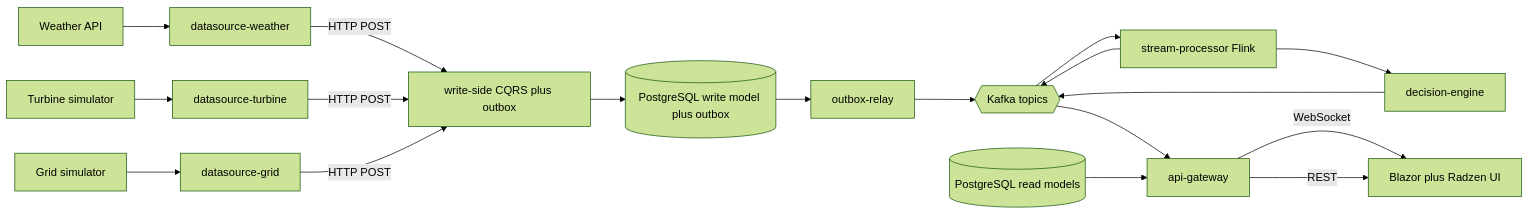
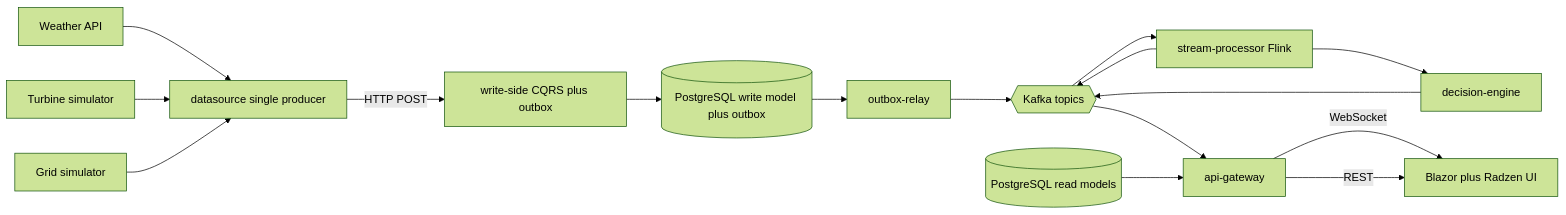
One commit to asaleh-lab/AetherStream changed the first of 2 diagrams in specs/001-aetherstream/architecture.md. Above: the diagram before and after it, drawn with Mermaid (forest theme). The commit also changed other lines of this file and 23 other files, not shown here.

First line of the commit message:
refactor(services): merge datasource feeds into single service with distinct intervals

````diff
--- a/specs/001-aetherstream/architecture.md
+++ b/specs/001-aetherstream/architecture.md
@@ -61,25 +59,23 @@
 ```mermaid
 flowchart LR
-  weatherApi[Weather API] --> dsWeather[datasource-weather]
-  turbineSim[Turbine simulator] --> dsTurbine[datasource-turbine]
-  gridSim[Grid simulator] --> dsGrid[datasource-grid]
+  weatherApi[Weather API] --> datasource[datasource single producer]
+  turbineSim[Turbine simulator] --> datasource
+  gridSim[Grid simulator] --> datasource
 
-  dsWeather -->|HTTP POST| writeSide[write-side CQRS plus outbox]
-  dsTurbine -->|HTTP POST| writeSide
-  dsGrid -->|HTTP POST| writeSide
+  datasource -->|HTTP POST| writeSide[write-side CQRS plus outbox]
 
   writeSide --> db[(PostgreSQL write model plus outbox)]
 
   db --> relay[outbox-relay]
   relay --> topics{{Kafka topics}}
 
   topics --> processor[stream-processor Flink]
   processor --> topics
   processor --> decision[decision-engine]
   decision --> topics
 
   topics --> gateway[api-gateway]
   read[(PostgreSQL read models)] --> gateway
   gateway -->|WebSocket| ui[Blazor plus Radzen UI]
   gateway -->|REST| ui
 ```
````
